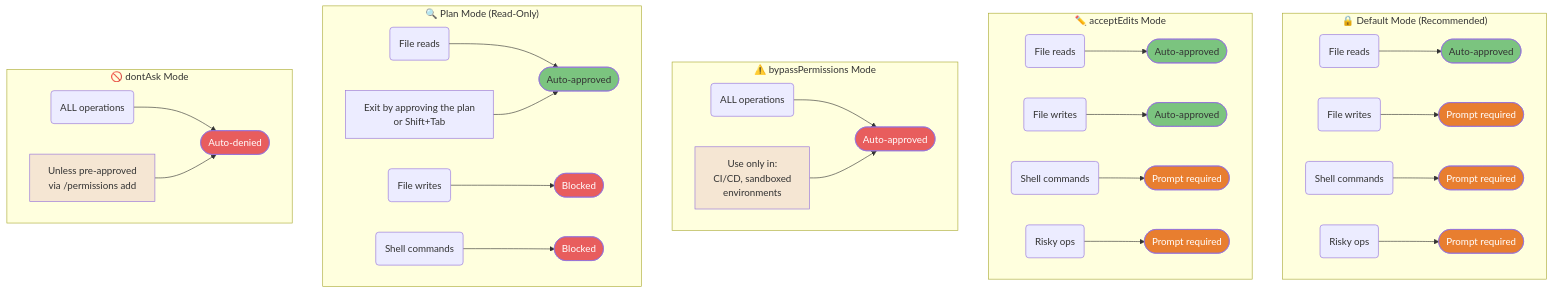
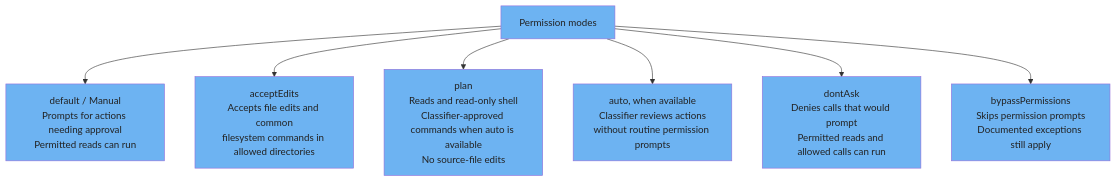
The fourth of 4 diagrams in guide/diagrams/01-foundations.md (FlorianBruniaux/claude-code-ultimate-guide), drawn with Mermaid before and after one commit. The commit also changed other lines of this file and 17 other files, not shown here.

Commit message:
docs: refresh all diagrams and correct their source guidance

````diff
--- a/guide/diagrams/01-foundations.md
+++ b/guide/diagrams/01-foundations.md
@@ -213,79 +176,23 @@
 ```mermaid
 flowchart TD
-    subgraph DEFAULT["🔒 Default Mode (Recommended)"]
-        D1(File reads) --> D2([Auto-approved])
-        D3(File writes) --> D4([Prompt required])
-        D5(Shell commands) --> D6([Prompt required])
-        D7(Risky ops) --> D8([Prompt required])
-    end
-
-    subgraph ACCEPT["✏️ acceptEdits Mode"]
-        A1(File reads) --> A2([Auto-approved])
-        A3(File writes) --> A4([Auto-approved])
-        A5(Shell commands) --> A6([Prompt required])
-        A7(Risky ops) --> A8([Prompt required])
-    end
-
-    subgraph BYPASS["⚠️ bypassPermissions Mode"]
-        B1(ALL operations) --> B2([Auto-approved])
-        B3["Use only in:<br/>CI/CD, sandboxed<br/>environments"] --> B2
-    end
-
-    subgraph PLAN["🔍 Plan Mode (Read-Only)"]
-        PL1(File reads) --> PL2([Auto-approved])
-        PL3(File writes) --> PL4([Blocked])
-        PL5(Shell commands) --> PL6([Blocked])
-        PL7["Exit by approving the plan<br/>or Shift+Tab"] --> PL2
-    end
-
-    subgraph DONTASK["🚫 dontAsk Mode"]
-        DA1(ALL operations) --> DA2([Auto-denied])
-        DA3["Unless pre-approved<br/>via /permissions add"] --> DA2
-    end
-
-    style D2 fill:#7BC47F,color:#333
-    style D4 fill:#E87E2F,color:#fff
-    style D6 fill:#E87E2F,color:#fff
-    style D8 fill:#E87E2F,color:#fff
-    style A2 fill:#7BC47F,color:#333
-    style A4 fill:#7BC47F,color:#333
-    style A6 fill:#E87E2F,color:#fff
-    style A8 fill:#E87E2F,color:#fff
-    style B2 fill:#E85D5D,color:#fff
-    style B3 fill:#F5E6D3,color:#333
-    style PL2 fill:#7BC47F,color:#333
-    style PL4 fill:#E85D5D,color:#fff
-    style PL6 fill:#E85D5D,color:#fff
-    style DA2 fill:#E85D5D,color:#fff
-    style DA3 fill:#F5E6D3,color:#333
-
-    click D1 href "https://github.com/FlorianBruniaux/claude-code-ultimate-guide/blob/main/guide/ultimate-guide.md#14-permission-modes" "Default Mode — Permission Modes"
-    click D2 href "https://github.com/FlorianBruniaux/claude-code-ultimate-guide/blob/main/guide/ultimate-guide.md#14-permission-modes" "Auto-approved"
-    click D3 href "https://github.com/FlorianBruniaux/claude-code-ultimate-guide/blob/main/guide/ultimate-guide.md#14-permission-modes" "File writes"
-    click D4 href "https://github.com/FlorianBruniaux/claude-code-ultimate-guide/blob/main/guide/ultimate-guide.md#14-permission-modes" "Prompt required"
-    click D5 href "https://github.com/FlorianBruniaux/claude-code-ultimate-guide/blob/main/guide/ultimate-guide.md#14-permission-modes" "Shell commands"
-    click D6 href "https://github.com/FlorianBruniaux/claude-code-ultimate-guide/blob/main/guide/ultimate-guide.md#14-permission-modes" "Prompt required"
-    click D7 href "https://github.com/FlorianBruniaux/claude-code-ultimate-guide/blob/main/guide/ultimate-guide.md#14-permission-modes" "Risky ops"
-    click D8 href "https://github.com/FlorianBruniaux/claude-code-ultimate-guide/blob/main/guide/ultimate-guide.md#14-permission-modes" "Prompt required"
-    click A1 href "https://github.com/FlorianBruniaux/claude-code-ultimate-guide/blob/main/guide/ultimate-guide.md#14-permission-modes" "acceptEdits Mode"
-    click A2 href "https://github.com/FlorianBruniaux/claude-code-ultimate-guide/blob/main/guide/ultimate-guide.md#14-permission-modes" "Auto-approved"
-    click A3 href "https://github.com/FlorianBruniaux/claude-code-ultimate-guide/blob/main/guide/ultimate-guide.md#14-permission-modes" "File writes — auto"
-    click A4 href "https://github.com/FlorianBruniaux/claude-code-ultimate-guide/blob/main/guide/ultimate-guide.md#14-permission-modes" "Auto-approved"
-    click A5 href "https://github.com/FlorianBruniaux/claude-code-ultimate-guide/blob/main/guide/ultimate-guide.md#14-permission-modes" "Shell commands"
-    click A6 href "https://github.com/FlorianBruniaux/claude-code-ultimate-guide/blob/main/guide/ultimate-guide.md#14-permission-modes" "Prompt required"
-    click A7 href "https://github.com/FlorianBruniaux/claude-code-ultimate-guide/blob/main/guide/ultimate-guide.md#14-permission-modes" "Risky ops"
-    click A8 href "https://github.com/FlorianBruniaux/claude-code-ultimate-guide/blob/main/guide/ultimate-guide.md#14-permission-modes" "Prompt required"
-    click B1 href "https://github.com/FlorianBruniaux/claude-code-ultimate-guide/blob/main/guide/ultimate-guide.md#14-permission-modes" "bypassPermissions Mode"
-    click B2 href "https://github.com/FlorianBruniaux/claude-code-ultimate-guide/blob/main/guide/ultimate-guide.md#14-permission-modes" "Auto-approved (all)"
-    click B3 href "https://github.com/FlorianBruniaux/claude-code-ultimate-guide/blob/main/guide/ultimate-guide.md#14-permission-modes" "CI/CD, sandboxed only"
-    click PL1 href "https://github.com/FlorianBruniaux/claude-code-ultimate-guide/blob/main/guide/ultimate-guide.md#14-permission-modes" "Plan Mode — File reads"
-    click PL2 href "https://github.com/FlorianBruniaux/claude-code-ultimate-guide/blob/main/guide/ultimate-guide.md#14-permission-modes" "Auto-approved"
-    click PL3 href "https://github.com/FlorianBruniaux/claude-code-ultimate-guide/blob/main/guide/ultimate-guide.md#14-permission-modes" "Plan Mode — File writes blocked"
-    click PL4 href "https://github.com/FlorianBruniaux/claude-code-ultimate-guide/blob/main/guide/ultimate-guide.md#14-permission-modes" "Blocked"
-    click PL5 href "https://github.com/FlorianBruniaux/claude-code-ultimate-guide/blob/main/guide/ultimate-guide.md#14-permission-modes" "Plan Mode — Shell commands blocked"
-    click PL6 href "https://github.com/FlorianBruniaux/claude-code-ultimate-guide/blob/main/guide/ultimate-guide.md#14-permission-modes" "Blocked"
-    click PL7 href "https://github.com/FlorianBruniaux/claude-code-ultimate-guide/blob/main/guide/ultimate-guide.md#14-permission-modes" "Exit Plan Mode"
-    click DA1 href "https://github.com/FlorianBruniaux/claude-code-ultimate-guide/blob/main/guide/ultimate-guide.md#14-permission-modes" "dontAsk Mode — All operations"
-    click DA2 href "https://github.com/FlorianBruniaux/claude-code-ultimate-guide/blob/main/guide/ultimate-guide.md#14-permission-modes" "Auto-denied"
-    click DA3 href "https://github.com/FlorianBruniaux/claude-code-ultimate-guide/blob/main/guide/ultimate-guide.md#14-permission-modes" "Pre-approve via /permissions add"
+    ROOT[Permission modes] --> D[default / Manual<br/>Prompts for actions needing approval<br/>Permitted reads can run]
+    ROOT --> A[acceptEdits<br/>Accepts file edits and common<br/>filesystem commands in allowed directories]
+    ROOT --> P[plan<br/>Reads and read-only shell<br/>Classifier-approved commands when auto is available<br/>No source-file edits]
+    ROOT --> AUTO[auto, when available<br/>Classifier reviews actions<br/>without routine permission prompts]
+    ROOT --> N[dontAsk<br/>Denies calls that would prompt<br/>Permitted reads and allowed calls can run]
+    ROOT --> B[bypassPermissions<br/>Skips permission prompts<br/>Documented exceptions still apply]
+    style ROOT fill:#6DB3F2,color:#222
+    click ROOT href "https://github.com/FlorianBruniaux/claude-code-ultimate-guide/blob/main/guide/ultimate-guide.md#14-permission-modes" "Permission modes"
+    style D fill:#6DB3F2,color:#222
+    click D href "https://github.com/FlorianBruniaux/claude-code-ultimate-guide/blob/main/guide/ultimate-guide.md#14-permission-modes" "Permission modes"
+    style A fill:#6DB3F2,color:#222
+    click A href "https://github.com/FlorianBruniaux/claude-code-ultimate-guide/blob/main/guide/ultimate-guide.md#14-permission-modes" "Permission modes"
+    style P fill:#6DB3F2,color:#222
+    click P href "https://github.com/FlorianBruniaux/claude-code-ultimate-guide/blob/main/guide/ultimate-guide.md#14-permission-modes" "Permission modes"
+    style AUTO fill:#6DB3F2,color:#222
+    click AUTO href "https://github.com/FlorianBruniaux/claude-code-ultimate-guide/blob/main/guide/ultimate-guide.md#14-permission-modes" "Permission modes"
+    style N fill:#6DB3F2,color:#222
+    click N href "https://github.com/FlorianBruniaux/claude-code-ultimate-guide/blob/main/guide/ultimate-guide.md#14-permission-modes" "Permission modes"
+    style B fill:#6DB3F2,color:#222
+    click B href "https://github.com/FlorianBruniaux/claude-code-ultimate-guide/blob/main/guide/ultimate-guide.md#14-permission-modes" "Permission modes"
 ```
````
